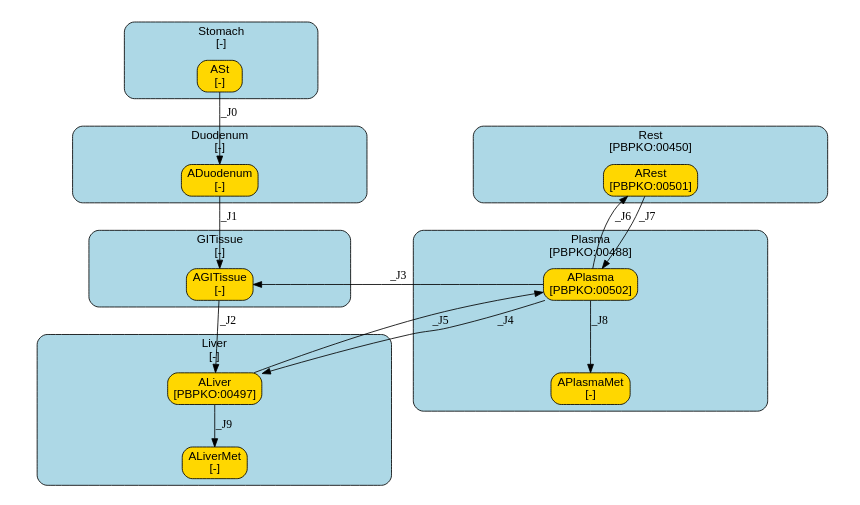
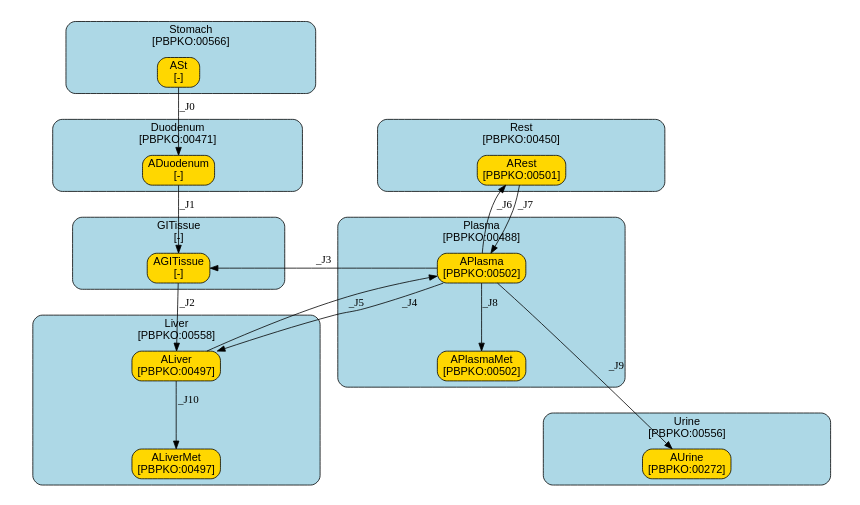
One commit to fair-pbk/exposure-route-pbk-models changed the diagram in models/oral/Bisphenols/Moreau/summary.dot. Above: the diagram before and after it, drawn with Graphviz. The commit also changed 188 other files, not shown here.

```diff
--- a/models/oral/Bisphenols/Moreau/summary.dot
+++ b/models/oral/Bisphenols/Moreau/summary.dot
@@ -1,141 +1,161 @@
 digraph {
 	graph [ratio=fill,
 		size="7,4"
 	];
 	node [fontname=Arial];
 	subgraph cluster_Stomach {
 		graph [color=black,
 			fillcolor=lightblue,
 			fontname=Arial,
 			href="#compartment-Stomach",
 			label="Stomach
-[-]",
+[PBPKO:00566]",
 			shape=box,
 			style="filled,rounded"
 		];
 		ASt	[color=black,
 			fillcolor=gold,
 			href="#species-ASt",
 			label="ASt
 [-]",
 			shape=box,
 			style="filled,rounded"];
 	}
 	subgraph cluster_GITissue {
 		graph [color=black,
 			fillcolor=lightblue,
 			fontname=Arial,
 			href="#compartment-GITissue",
 			label="GITissue
 [-]",
 			shape=box,
 			style="filled,rounded"
 		];
 		AGITissue	[color=black,
 			fillcolor=gold,
 			href="#species-AGITissue",
 			label="AGITissue
 [-]",
 			shape=box,
 			style="filled,rounded"];
 	}
 	subgraph cluster_Duodenum {
 		graph [color=black,
 			fillcolor=lightblue,
 			fontname=Arial,
 			href="#compartment-Duodenum",
 			label="Duodenum
-[-]",
+[PBPKO:00471]",
 			shape=box,
 			style="filled,rounded"
 		];
 		ADuodenum	[color=black,
 			fillcolor=gold,
 			href="#species-ADuodenum",
 			label="ADuodenum
 [-]",
 			shape=box,
 			style="filled,rounded"];
 	}
 	subgraph cluster_Liver {
 		graph [color=black,
 			fillcolor=lightblue,
 			fontname=Arial,
 			href="#compartment-Liver",
 			label="Liver
-[-]",
+[PBPKO:00558]",
 			shape=box,
 			style="filled,rounded"
 		];
 		ALiver	[color=black,
 			fillcolor=gold,
 			href="#species-ALiver",
 			label="ALiver
 [PBPKO:00497]",
 			shape=box,
 			style="filled,rounded"];
 		ALiverMet	[color=black,
 			fillcolor=gold,
 			href="#species-ALiverMet",
 			label="ALiverMet
-[-]",
+[PBPKO:00497]",
 			shape=box,
 			style="filled,rounded"];
 	}
 	subgraph cluster_Plasma {
 		graph [color=black,
 			fillcolor=lightblue,
 			fontname=Arial,
 			href="#compartment-Plasma",
 			label="Plasma
 [PBPKO:00488]",
 			shape=box,
 			style="filled,rounded"
 		];
 		APlasma	[color=black,
 			fillcolor=gold,
 			href="#species-APlasma",
 			label="APlasma
 [PBPKO:00502]",
 			shape=box,
 			style="filled,rounded"];
 		APlasmaMet	[color=black,
 			fillcolor=gold,
 			href="#species-APlasmaMet",
 			label="APlasmaMet
-[-]",
+[PBPKO:00502]",
 			shape=box,
 			style="filled,rounded"];
 	}
 	subgraph cluster_Rest {
 		graph [color=black,
 			fillcolor=lightblue,
 			fontname=Arial,
 			href="#compartment-Rest",
 			label="Rest
 [PBPKO:00450]",
 			shape=box,
 			style="filled,rounded"
 		];
 		ARest	[color=black,
 			fillcolor=gold,
 			href="#species-ARest",
 			label="ARest
 [PBPKO:00501]",
 			shape=box,
 			style="filled,rounded"];
 	}
+	subgraph cluster_Urine {
+		graph [color=black,
+			fillcolor=lightblue,
+			fontname=Arial,
+			href="#compartment-Urine",
+			label="Urine
+[PBPKO:00556]",
+			shape=box,
+			style="filled,rounded"
+		];
+		AUrine	[color=black,
+			fillcolor=gold,
+			href="#species-AUrine",
+			label="AUrine
+[PBPKO:00272]",
+			shape=box,
+			style="filled,rounded"];
+	}
 	ASt -> ADuodenum	[label=_J0,
 		minlen=1];
 	AGITissue -> ALiver	[label=_J2];
 	ADuodenum -> AGITissue	[label=_J1];
-	ALiver -> ALiverMet	[label=_J9,
+	ALiver -> ALiverMet	[label=_J10,
 		minlen=1];
 	ALiver -> APlasma	[label=_J5];
 	APlasma -> AGITissue	[label=_J3];
 	APlasma -> ALiver	[label=_J4];
 	APlasma -> APlasmaMet	[label=_J8,
 		minlen=1];
 	APlasma -> ARest	[label=_J6];
+	APlasma -> AUrine	[label=_J9,
+		minlen=2];
 	ARest -> APlasma	[label=_J7];
 }
```
